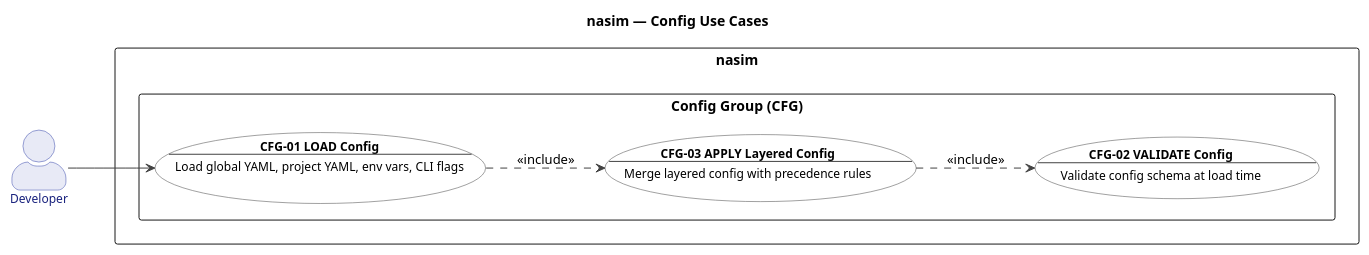
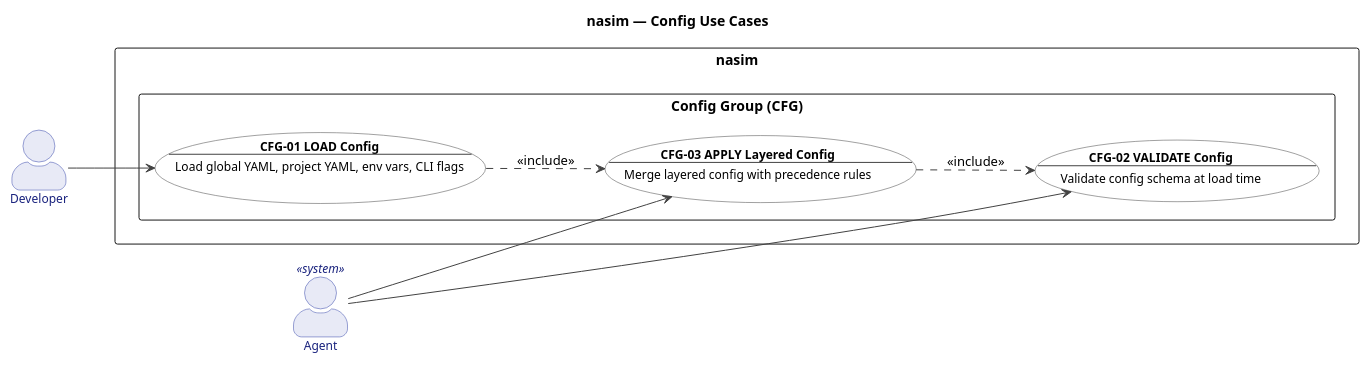
The diagram in docs/UC/uc_config.puml (salimnamvar/nasim), drawn with PlantUML before and after one commit. The commit also changed 18 other files, not shown here.

First line of the commit message:
docs: Add "Agent" actor to multiple use case diagrams and establish relationships

```diff
--- a/docs/UC/uc_config.puml
+++ b/docs/UC/uc_config.puml
@@ -1,67 +1,70 @@
 @startuml uc_config
 
 ' ============================================================
 ' Title:     nasim — UC: Config Group
 ' Group:     CFG (Configuration)
 ' Boundary:  nasim code agent
 ' Purpose:   Config loading, validation, and layered overrides
 ' Milestone: v1.0
 ' Version:   6.0.0
 ' Source:    docs/ENTITIES.md
 ' Review:    docs/audit/audit.2026.06.20.uc-layer.car.md
 ' ============================================================
 
 left to right direction
 
 title nasim — Config Use Cases
 
 skinparam actorStyle awesome
 skinparam packageStyle rectangle
 
 skinparam usecase {
   BackgroundColor #FFFFFF
   BorderColor #424242
   FontColor #000000
   ArrowColor #424242
   FontSize 12
 }
 
 skinparam actor {
   BackgroundColor #E8EAF6
   BorderColor #3949AB
   FontColor #1A237E
   FontSize 12
 }
 
 ' ============================================================
 ' Actors
 ' ============================================================
 
 actor "Developer" as Developer
+actor "Agent" as Agent <<system>>
 
 ' ============================================================
 ' System Boundary
 ' ============================================================
 
 rectangle "nasim" {
   package "Config Group (CFG)" {
     usecase "**CFG-01 LOAD Config**\n--\nLoad global YAML, project YAML, env vars, CLI flags" as CFG01
     usecase "**CFG-02 VALIDATE Config**\n--\nValidate config schema at load time" as CFG02
     usecase "**CFG-03 APPLY Layered Config**\n--\nMerge layered config with precedence rules" as CFG03
   }
 }
 
 ' ============================================================
 ' Actor -> Use Case Associations
 ' ============================================================
 
 Developer --> CFG01
+Agent --> CFG02
+Agent --> CFG03
 
 ' ============================================================
 ' Relationships
 ' ============================================================
 
 CFG01 ..> CFG03 : <<include>>
 CFG03 ..> CFG02 : <<include>>
 
 @enduml
```
